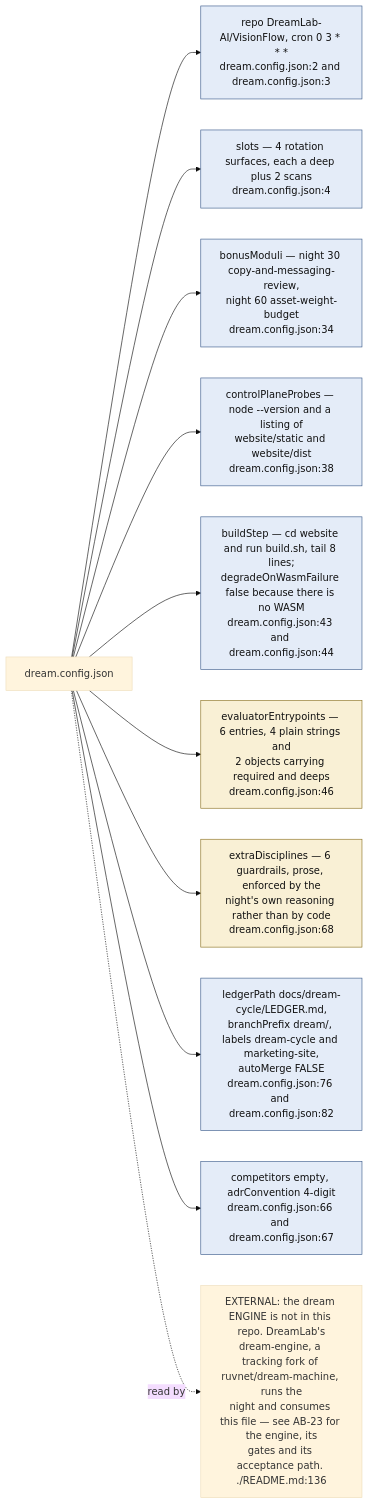
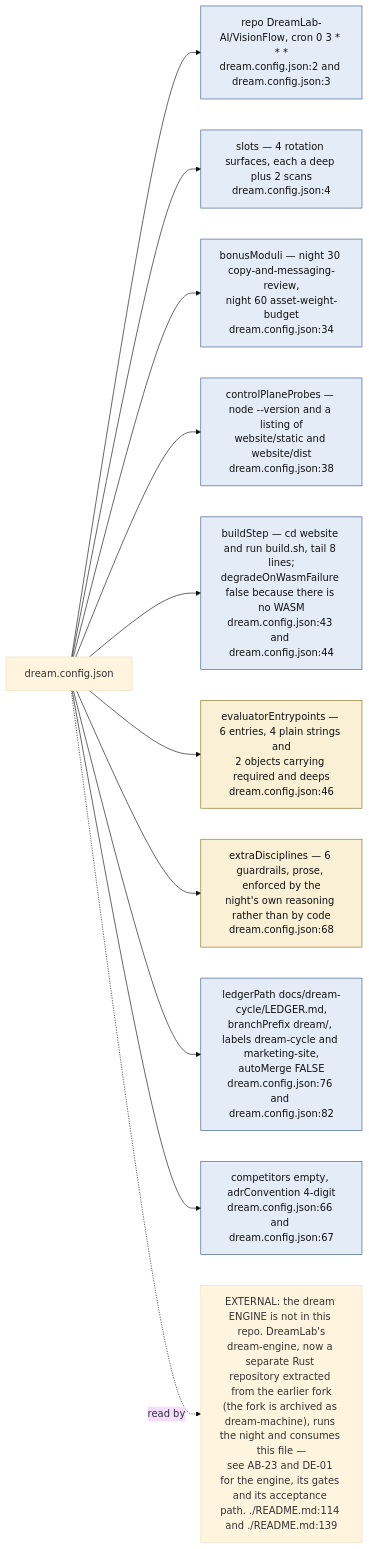
The first of 9 diagrams in docs/diagrams/visionflow/04-dream-cycle-integration.md (DreamLab-AI/VisionFlow), drawn with Mermaid (base theme) before and after one commit. The commit also changed other lines of this file and 160 other files, not shown here.

````diff
--- a/docs/diagrams/visionflow/04-dream-cycle-integration.md
+++ b/docs/diagrams/visionflow/04-dream-cycle-integration.md
@@ -35,19 +35,19 @@
 ```mermaid
 flowchart LR
     classDef cfg fill:#e4ecf8,stroke:#3a5a8a,color:#111
     classDef gate fill:#f9f0d5,stroke:#8a7020,color:#111
 
     C["dream.config.json"]
     C --> ID["repo DreamLab-AI/VisionFlow, cron 0 3 * * *<br/>dream.config.json:2 and dream.config.json:3"]:::cfg
     C --> SL["slots — 4 rotation surfaces, each a deep plus 2 scans<br/>dream.config.json:4"]:::cfg
     C --> BM["bonusModuli — night 30 copy-and-messaging-review,<br/>night 60 asset-weight-budget<br/>dream.config.json:34"]:::cfg
     C --> CP["controlPlaneProbes — node --version and a listing of<br/>website/static and website/dist<br/>dream.config.json:38"]:::cfg
     C --> BS["buildStep — cd website and run build.sh, tail 8 lines;<br/>degradeOnWasmFailure false because there is no WASM<br/>dream.config.json:43 and dream.config.json:44"]:::cfg
     C --> EE["evaluatorEntrypoints — 6 entries, 4 plain strings and<br/>2 objects carrying required and deeps<br/>dream.config.json:46"]:::gate
     C --> ED["extraDisciplines — 6 guardrails, prose, enforced by the<br/>night's own reasoning rather than by code<br/>dream.config.json:68"]:::gate
     C --> OUT["ledgerPath docs/dream-cycle/LEDGER.md,<br/>branchPrefix dream/, labels dream-cycle and marketing-site,<br/>autoMerge FALSE<br/>dream.config.json:76 and dream.config.json:82"]:::cfg
     C --> MISC["competitors empty, adrConvention 4-digit<br/>dream.config.json:66 and dream.config.json:67"]:::cfg
 
-    ENG["EXTERNAL: the dream ENGINE is not in this repo. DreamLab's<br/>dream-engine, a tracking fork of ruvnet/dream-machine, runs the<br/>night and consumes this file — see AB-23 for the engine, its<br/>gates and its acceptance path. ./README.md:136"]
+    ENG["EXTERNAL: the dream ENGINE is not in this repo. DreamLab's<br/>dream-engine, now a separate Rust repository extracted from the earlier fork<br/>(the fork is archived as dream-machine), runs the night and consumes this file —<br/>see AB-23 and DE-01 for the engine, its gates and its acceptance path. ./README.md:114 and ./README.md:139"]
     C -.->|"read by"| ENG
 ```
````
